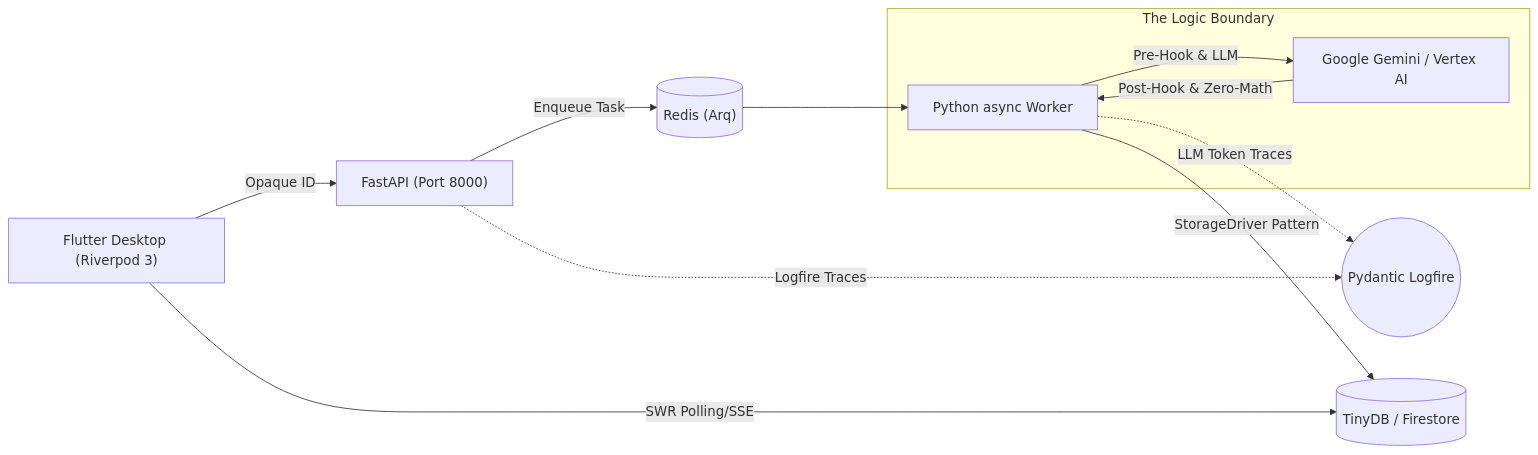
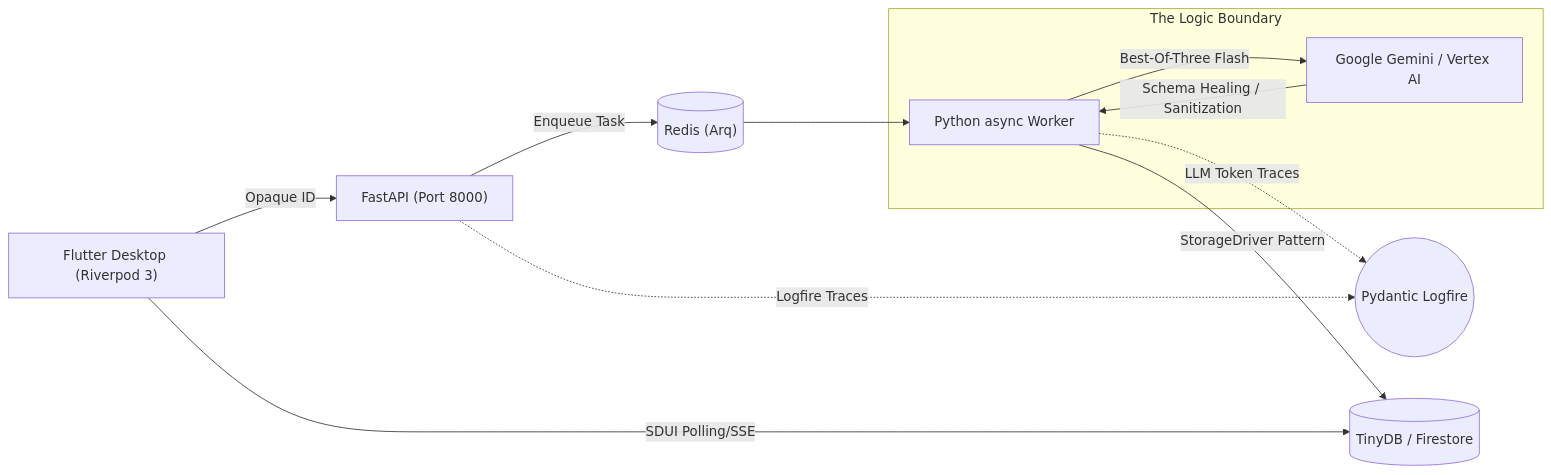
The diagram in README.md (launis/quorum), drawn with Mermaid before and after one commit. The commit also changed other lines of this file and 1 other file, not shown here.

Commit message:
refactor: rewrite project documentation for V2.9 architecture and initialize client_app_v2 directory

````diff
--- a/README.md
+++ b/README.md
@@ -37,17 +49,17 @@
 ```mermaid
 flowchart LR
     UI["Flutter Desktop (Riverpod 3)"] -->|Opaque ID| API["FastAPI (Port 8000)"]
     API -->|Enqueue Task| Redis[("Redis (Arq)")]
     Redis --> Worker["Python async Worker"]
     
     API -.->|"Logfire Traces"| Cloud(("Pydantic Logfire"))
     Worker -.->|"LLM Token Traces"| Cloud
 
     subgraph The Logic Boundary
-        Worker -->|"Pre-Hook & LLM"| LLM[Google Gemini / Vertex AI]
-        LLM -->|"Post-Hook & Zero-Math"| Worker
+        Worker -->|"Best-Of-Three Flash"| LLM[Google Gemini / Vertex AI]
+        LLM -->|"Schema Healing / Sanitization"| Worker
     end
 
     Worker -->|"StorageDriver Pattern"| DB[("TinyDB / Firestore")]
-    UI -->|"SWR Polling/SSE"| DB
+    UI -->|"SDUI Polling/SSE"| DB
 ```
````
